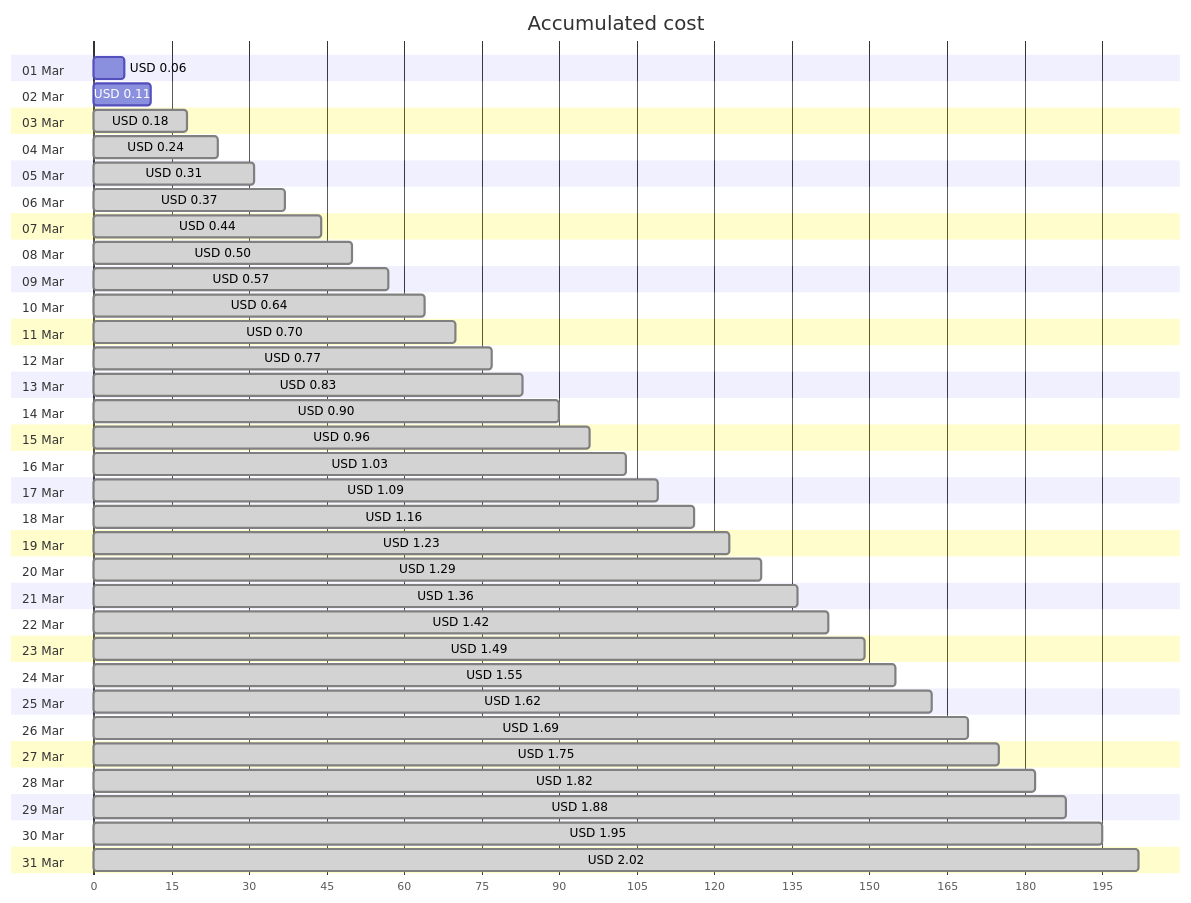
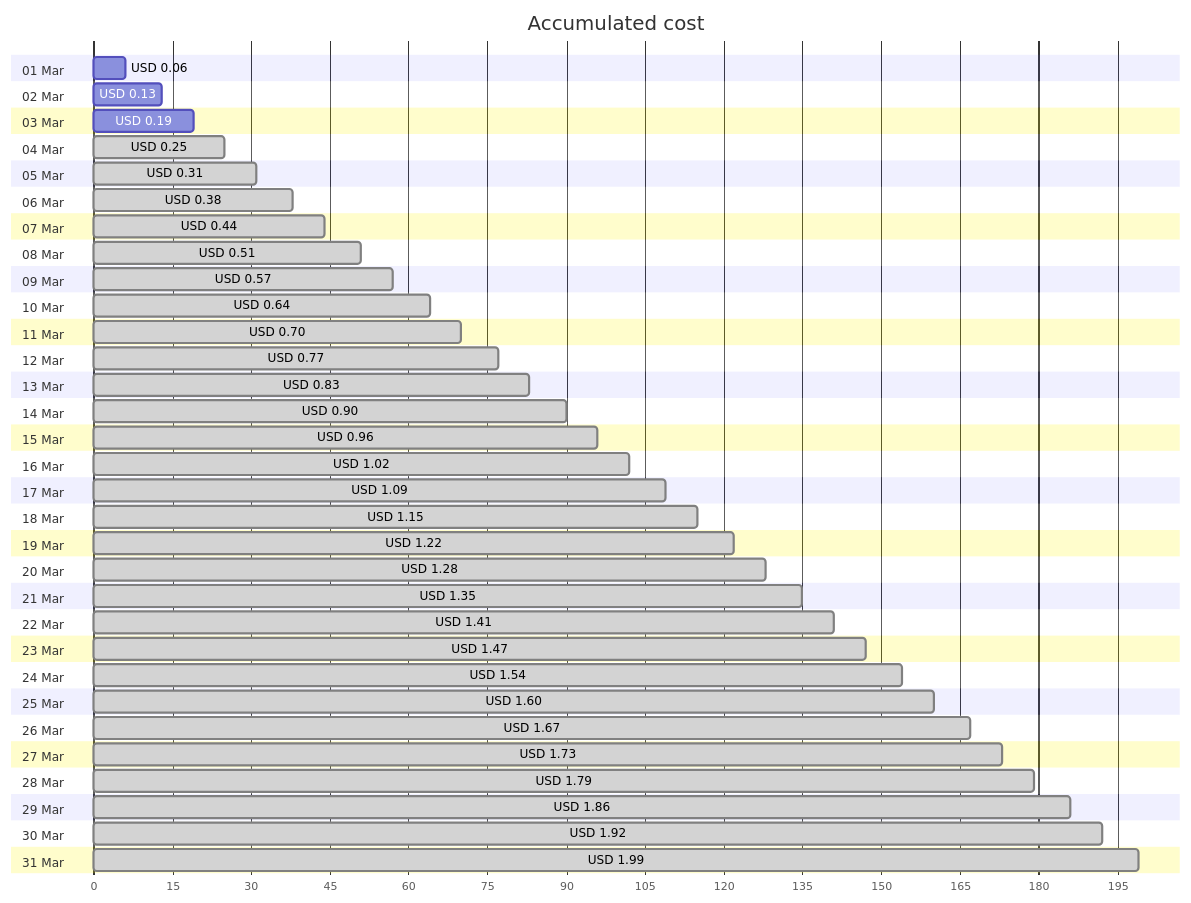
One commit to jpfulton/azure-personal-reports changed the first of 4 diagrams in cost-reports/personal-network/backup-server_OsDisk.md. Above: the diagram before and after it, drawn with Mermaid. The commit also changed other lines of this file and 8 other files, not shown here.

````diff
--- a/cost-reports/personal-network/backup-server_OsDisk.md
+++ b/cost-reports/personal-network/backup-server_OsDisk.md
@@ -20,68 +20,68 @@
 ```mermaid
 gantt
    title Accumulated cost
    dateFormat  X
    axisFormat %s
    section 01 Mar
    USD 0.06 :0, 6
    section 02 Mar
-   USD 0.11 :0, 11
+   USD 0.13 :0, 13
    section 03 Mar
-   USD 0.18 : done, 0, 18
+   USD 0.19 :0, 19
    section 04 Mar
-   USD 0.24 : done, 0, 24
+   USD 0.25 : done, 0, 25
    section 05 Mar
    USD 0.31 : done, 0, 31
    section 06 Mar
-   USD 0.37 : done, 0, 37
+   USD 0.38 : done, 0, 38
    section 07 Mar
    USD 0.44 : done, 0, 44
    section 08 Mar
-   USD 0.50 : done, 0, 50
+   USD 0.51 : done, 0, 51
    section 09 Mar
    USD 0.57 : done, 0, 57
    section 10 Mar
    USD 0.64 : done, 0, 64
    section 11 Mar
    USD 0.70 : done, 0, 70
    section 12 Mar
    USD 0.77 : done, 0, 77
    section 13 Mar
    USD 0.83 : done, 0, 83
    section 14 Mar
    USD 0.90 : done, 0, 90
    section 15 Mar
    USD 0.96 : done, 0, 96
    section 16 Mar
-   USD 1.03 : done, 0, 103
+   USD 1.02 : done, 0, 102
    section 17 Mar
    USD 1.09 : done, 0, 109
    section 18 Mar
-   USD 1.16 : done, 0, 116
+   USD 1.15 : done, 0, 115
    section 19 Mar
-   USD 1.23 : done, 0, 123
+   USD 1.22 : done, 0, 122
    section 20 Mar
-   USD 1.29 : done, 0, 129
+   USD 1.28 : done, 0, 128
    section 21 Mar
-   USD 1.36 : done, 0, 136
+   USD 1.35 : done, 0, 135
    section 22 Mar
-   USD 1.42 : done, 0, 142
+   USD 1.41 : done, 0, 141
    section 23 Mar
-   USD 1.49 : done, 0, 149
+   USD 1.47 : done, 0, 147
    section 24 Mar
-   USD 1.55 : done, 0, 155
+   USD 1.54 : done, 0, 154
    section 25 Mar
-   USD 1.62 : done, 0, 162
+   USD 1.60 : done, 0, 160
    section 26 Mar
-   USD 1.69 : done, 0, 169
+   USD 1.67 : done, 0, 167
    section 27 Mar
-   USD 1.75 : done, 0, 175
+   USD 1.73 : done, 0, 173
    section 28 Mar
-   USD 1.82 : done, 0, 182
+   USD 1.79 : done, 0, 179
    section 29 Mar
-   USD 1.88 : done, 0, 188
+   USD 1.86 : done, 0, 186
    section 30 Mar
-   USD 1.95 : done, 0, 195
+   USD 1.92 : done, 0, 192
    section 31 Mar
-   USD 2.02 : done, 0, 202
+   USD 1.99 : done, 0, 199
 ```
````
